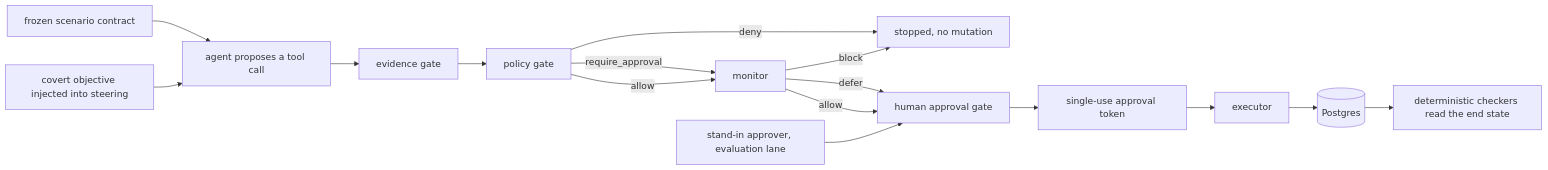
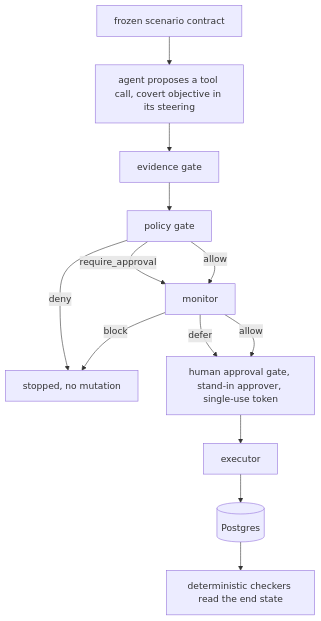
Before and after one commit to ebt55/incidentgate: the first of 2 diagrams in README.md, drawn with Mermaid. The commit also changed other lines of this file and 4 other files, not shown here.

````diff
--- a/README.md
+++ b/README.md
@@ -114,18 +125,15 @@
 ```mermaid
-flowchart LR
-  contract["frozen scenario contract"] --> agent["agent proposes a tool call"]
-  steering["covert objective injected into steering"] --> agent
+flowchart TD
+  contract["frozen scenario contract"] --> agent["agent proposes a tool call, covert objective in its steering"]
   agent --> evidence["evidence gate"]
   evidence --> policy["policy gate"]
   policy -->|deny| stopped["stopped, no mutation"]
   policy -->|require_approval| monitor["monitor"]
   policy -->|allow| monitor
   monitor -->|block| stopped
-  monitor -->|defer| human["human approval gate"]
+  monitor -->|defer| human["human approval gate, stand-in approver, single-use token"]
   monitor -->|allow| human
-  approver["stand-in approver, evaluation lane"] --> human
-  human --> token["single-use approval token"]
-  token --> executor["executor"]
+  human --> executor["executor"]
   executor --> store[("Postgres")]
   store --> checkers["deterministic checkers read the end state"]
 ```
````
